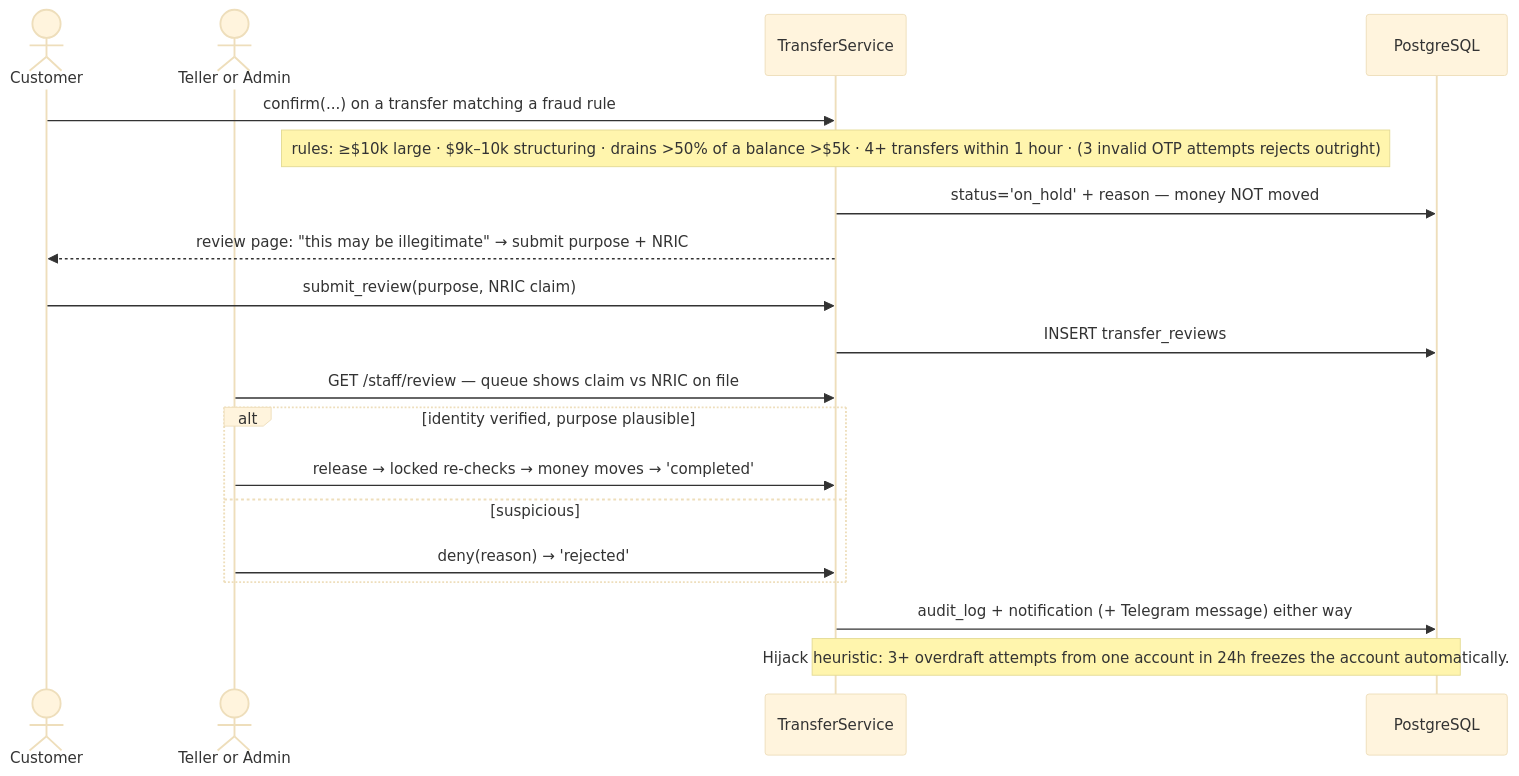
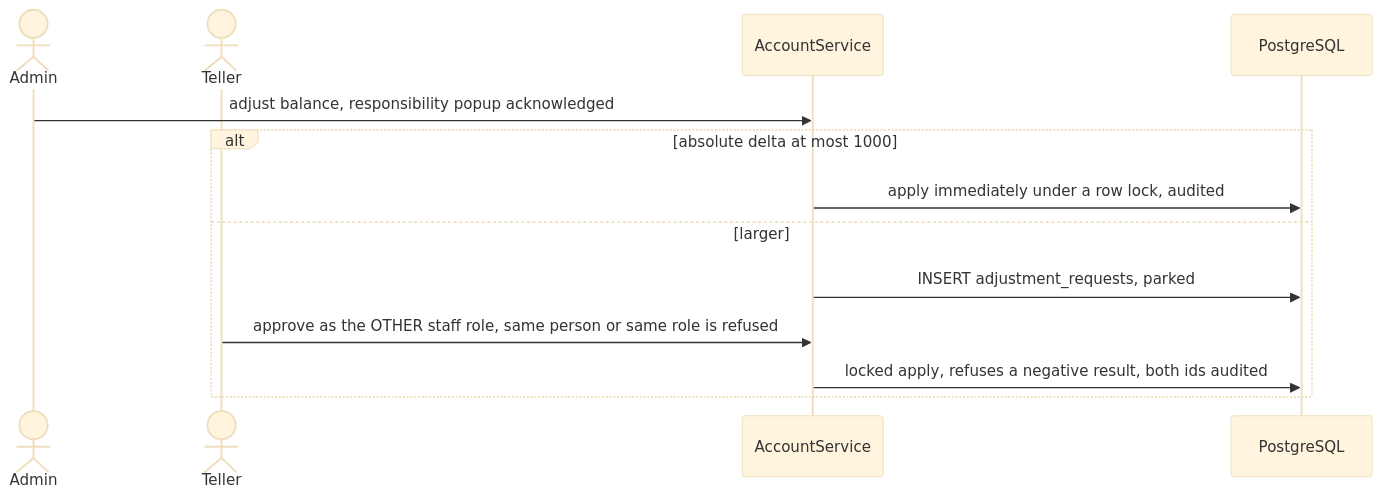
The ninth of 14 diagrams in docs/FLOWS.md (cthyuiii/FerroBank), drawn with Mermaid (base theme) before and after one commit. The commit also changed other lines of this file and 61 other files, not shown here.

````diff
--- a/docs/FLOWS.md
+++ b/docs/FLOWS.md
@@ -240,24 +216,16 @@
 ```mermaid
 sequenceDiagram
-    actor U as Customer
-    actor ST as Teller or Admin
-    participant S as TransferService
+    actor AD as Admin
+    actor T as Teller
+    participant S as AccountService
     participant P as PostgreSQL
 
-    U->>S: confirm(...) on a transfer matching a fraud rule
-    Note over S: rules: ≥$10k large · $9k–10k structuring · drains >50% of a balance >$5k · 4+ transfers within 1 hour · (3 invalid OTP attempts rejects outright)
-    S->>P: status='on_hold' + reason — money NOT moved
-    S-->>U: review page: "this may be illegitimate" → submit purpose + NRIC
-    U->>S: submit_review(purpose, NRIC claim)
-    S->>P: INSERT transfer_reviews
-
-    ST->>S: GET /staff/review — queue shows claim vs NRIC on file
-    alt identity verified, purpose plausible
-        ST->>S: release → locked re-checks → money moves → 'completed'
-    else suspicious
-        ST->>S: deny(reason) → 'rejected'
+    AD->>S: adjust balance, responsibility popup acknowledged
+    alt absolute delta at most 1000
+        S->>P: apply immediately under a row lock, audited
+    else larger
+        S->>P: INSERT adjustment_requests, parked
+        T->>S: approve as the OTHER staff role, same person or same role is refused
+        S->>P: locked apply, refuses a negative result, both ids audited
     end
-    S->>P: audit_log + notification (+ Telegram message) either way
-
-    Note over S,P: Hijack heuristic: 3+ overdraft attempts from one account in 24h freezes the account automatically.
 ```
````
